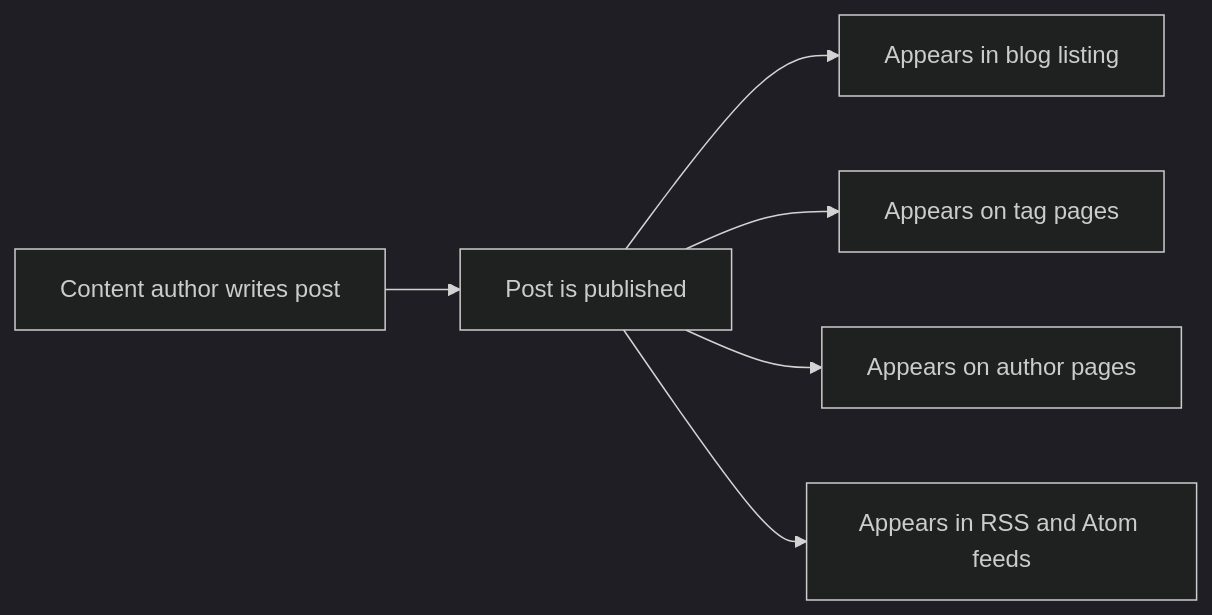
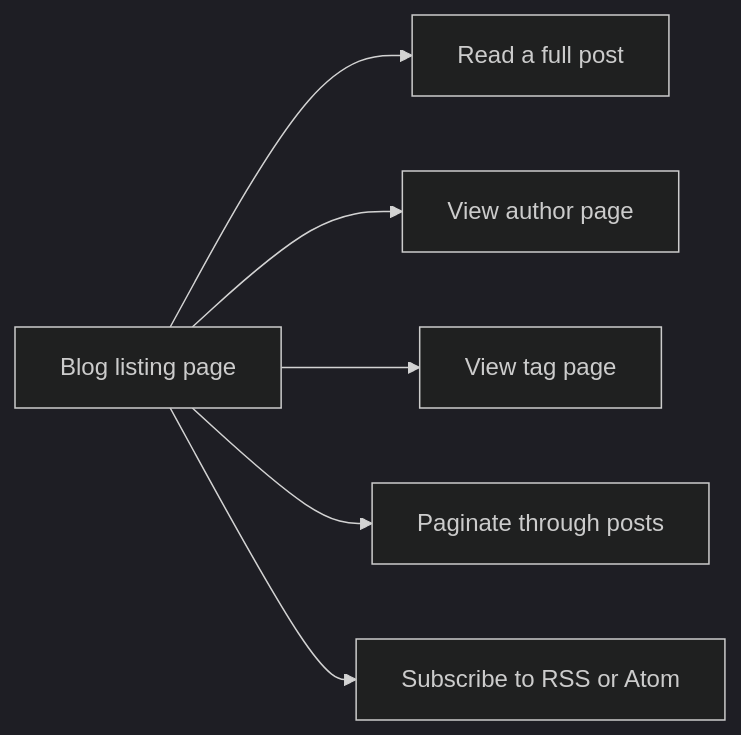
The first of 2 diagrams in api2-documentation/plan_2026-11-02_f8890e/user-facing-docs/blog.md (Mohita111/API2), drawn with Mermaid (dark theme) before and after one commit. The commit also changed other lines of this file and 11 other files, not shown here.

````diff
--- a/api2-documentation/plan_2026-11-02_f8890e/user-facing-docs/blog.md
+++ b/api2-documentation/plan_2026-11-02_f8890e/user-facing-docs/blog.md
@@ -42,8 +19,8 @@
 ```mermaid
 graph LR
-    Author[Content author writes post] --> Published[Post is published]
-    Published --> Listing[Appears in blog listing]
-    Published --> TagPages[Appears on tag pages]
-    Published --> AuthorPages[Appears on author pages]
-    Published --> Feeds[Appears in RSS and Atom feeds]
+    A[Blog listing page] --> B[Read a full post]
+    A --> C[View author page]
+    A --> D[View tag page]
+    A --> E[Paginate through posts]
+    A --> F[Subscribe to RSS or Atom]
 ```
````
